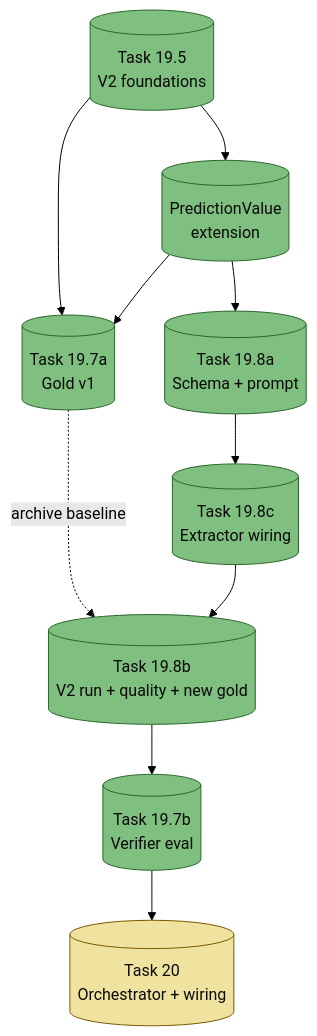
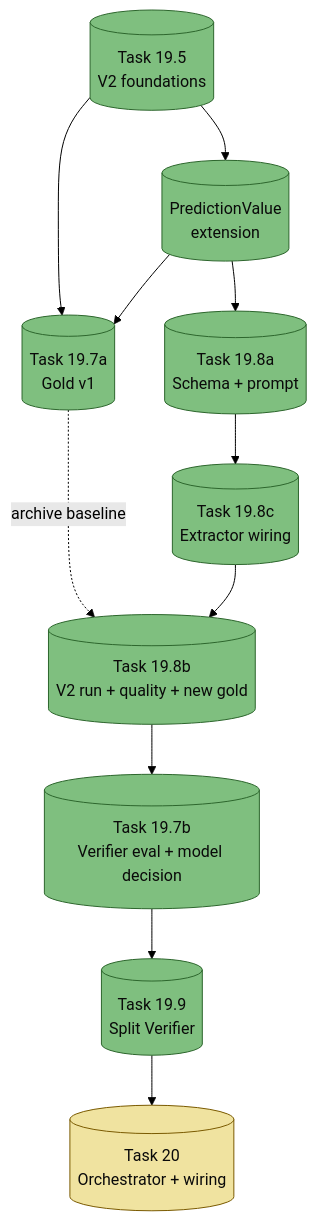
The diagram in docs/verification-track/README.md (evgeniy44/prediction-tracker), drawn with Mermaid (forest theme) before and after one commit. The commit also changed other lines of this file, not shown here.

First line of the commit message:
docs(verifier): README — 19.7b + 19.9 landed, Task 20 unblocked

````diff
--- a/docs/verification-track/README.md
+++ b/docs/verification-track/README.md
@@ -24,25 +25,27 @@
 ```mermaid
 flowchart TD
     T195[("Task 19.5<br/>V2 foundations")]:::done
     PV[("PredictionValue<br/>extension")]:::done
     T197A[("Task 19.7a<br/>Gold v1")]:::done
     T198A[("Task 19.8a<br/>Schema + prompt")]:::done
     T198C[("Task 19.8c<br/>Extractor wiring")]:::done
     T198B[("Task 19.8b<br/>V2 run + quality + new gold")]:::done
-    T197B[("Task 19.7b<br/>Verifier eval")]:::done
+    T197B[("Task 19.7b<br/>Verifier eval + model decision")]:::done
+    T199[("Task 19.9<br/>Split Verifier")]:::done
     T20[("Task 20<br/>Orchestrator + wiring")]:::pending
 
     T195 --> PV
     T195 --> T197A
     PV --> T197A
     T197A -.archive baseline.-> T198B
     T198A --> T198C
     T198C --> T198B
     PV --> T198A
     T198B --> T197B
-    T197B --> T20
+    T197B --> T199
+    T199 --> T20
 
     classDef done fill:#7fbf7f,stroke:#2d662d,color:#0a0a0a
     classDef specReady fill:#c4d8e8,stroke:#2c5777,color:#0a0a0a
     classDef pending fill:#f0e3a0,stroke:#7a5a00,color:#0a0a0a
 ```
````
